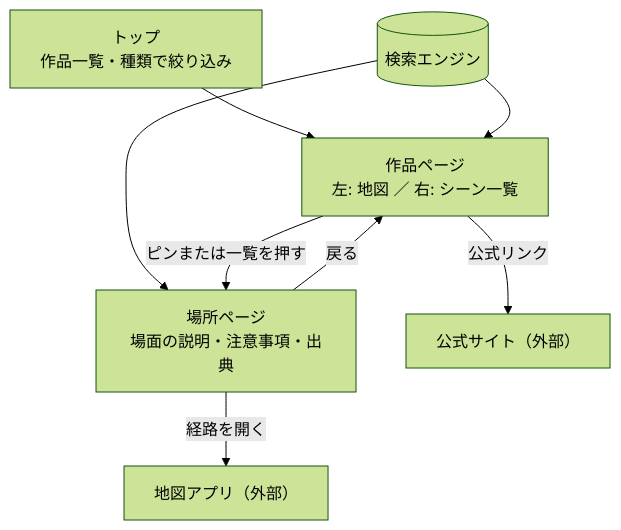
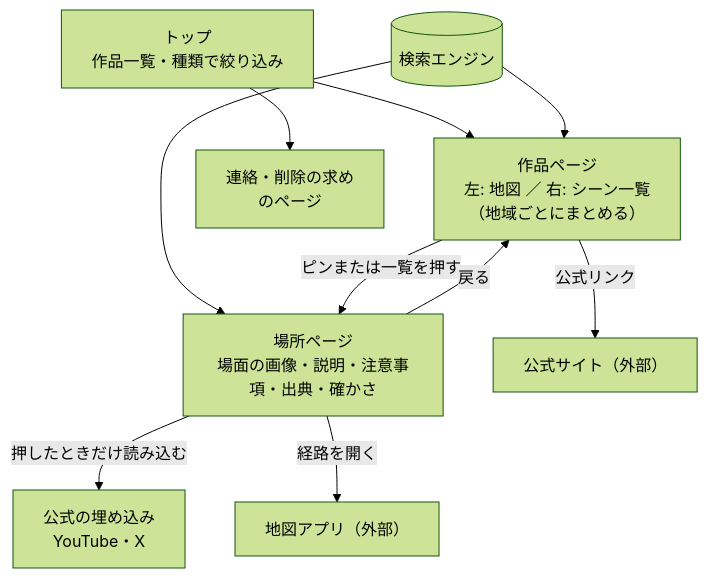
One commit to scenetrail/scenetrail.github.io changed the second of 3 diagrams in docs/spec/01_spec.md. Above: the diagram before and after it, drawn with Mermaid (forest theme). The commit also changed other lines of this file and 3 other files, not shown here.

````diff
--- a/docs/spec/01_spec.md
+++ b/docs/spec/01_spec.md
@@ -64,10 +72,12 @@
 ```mermaid
 flowchart TD
-  T[トップ<br/>作品一覧・種類で絞り込み] --> W[作品ページ<br/>左: 地図 ／ 右: シーン一覧]
+  T[トップ<br/>作品一覧・種類で絞り込み] --> W[作品ページ<br/>左: 地図 ／ 右: シーン一覧<br/>（地域ごとにまとめる）]
   S[(検索エンジン)] --> W
   S --> L
-  W -- ピンまたは一覧を押す --> L[場所ページ<br/>場面の説明・注意事項・出典]
+  W -- ピンまたは一覧を押す --> L[場所ページ<br/>場面の画像・説明・注意事項・出典・確かさ]
   L -- 戻る --> W
+  L -- 押したときだけ読み込む --> E[公式の埋め込み<br/>YouTube・X]
   W -- 公式リンク --> O[公式サイト（外部）]
   L -- 経路を開く --> G[地図アプリ（外部）]
+  T --> C[連絡・削除の求め<br/>のページ]
 ```
````
